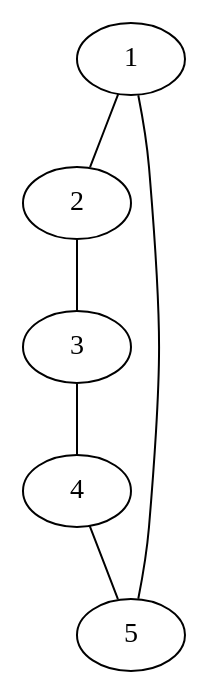
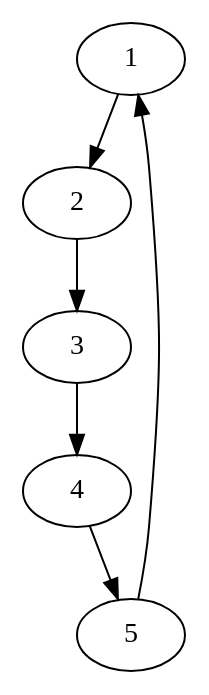
The diagram in examples/ottawa/entities/events/bank/values.dot (maelys-mcardle/adventure), drawn with Graphviz before and after one commit.

Commit message:
changed graph to digraph for events.

```diff
--- a/examples/ottawa/entities/events/bank/values.dot
+++ b/examples/ottawa/entities/events/bank/values.dot
@@ -1,3 +1,3 @@
-graph events {
-  1 -- 2 -- 3 -- 4 -- 5 -- 1
+digraph events {
+  1 -> 2 -> 3 -> 4 -> 5 -> 1
 }
```
